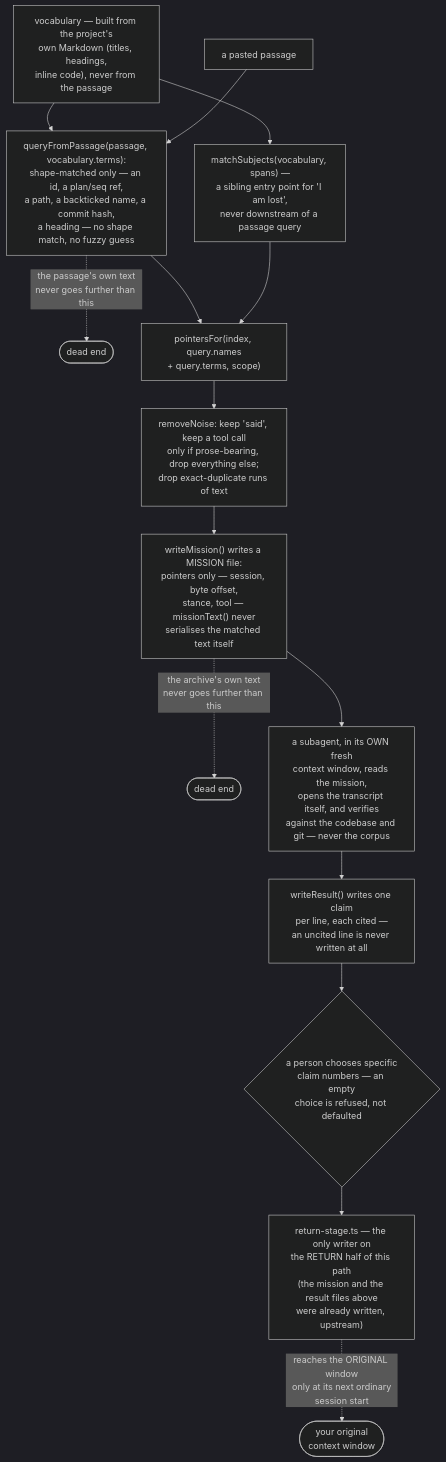
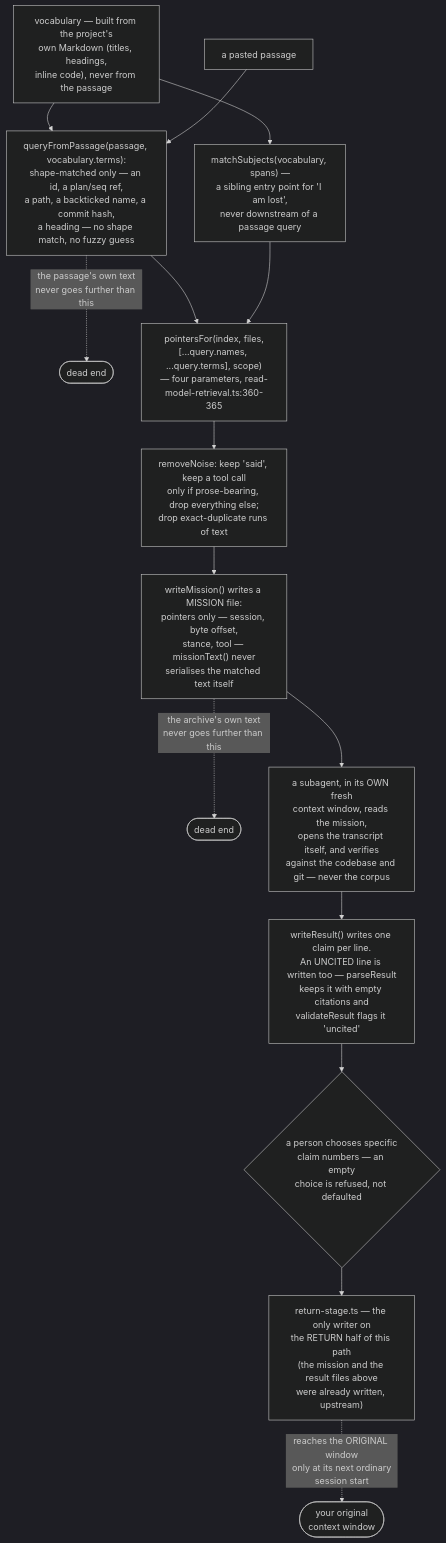
One commit to Dudi-Bar-On/my-context changed the diagram in docs/capabilities/06-retrieval.md. Above: the diagram before and after it, drawn with Mermaid (dark theme). The commit also changed other lines of this file and 35 other files, not shown here.

````diff
--- a/docs/capabilities/06-retrieval.md
+++ b/docs/capabilities/06-retrieval.md
@@ -39,18 +39,18 @@
 ```mermaid
 flowchart TB
   VOC["vocabulary — built from the project's<br/>own Markdown (titles, headings,<br/>inline code), never from the passage"] --> Q
   VOC --> MS
   PASS["a pasted passage"] --> Q["queryFromPassage(passage, vocabulary.terms):<br/>shape-matched only — an id, a plan/seq ref,<br/>a path, a backticked name, a commit hash,<br/>a heading — no shape match, no fuzzy guess"]
   Q -.->|"the passage's own text<br/>never goes further than this"| X1(["dead end"])
   MS["matchSubjects(vocabulary, spans) —<br/>a sibling entry point for 'I am lost',<br/>never downstream of a passage query"]
-  Q --> PF["pointersFor(index, query.names<br/>+ query.terms, scope)"]
+  Q --> PF["pointersFor(index, files,<br/>[...query.names, ...query.terms], scope)<br/>— four parameters, read-model-retrieval.ts:360-365"]
   MS --> PF
   PF --> NOISE["removeNoise: keep 'said', keep a tool call<br/>only if prose-bearing, drop everything else;<br/>drop exact-duplicate runs of text"]
   NOISE --> MISSION["writeMission() writes a MISSION file:<br/>pointers only — session, byte offset,<br/>stance, tool — missionText() never<br/>serialises the matched text itself"]
   MISSION -.->|"the archive's own text<br/>never goes further than this"| X2(["dead end"])
   MISSION --> SUB["a subagent, in its OWN fresh<br/>context window, reads the mission,<br/>opens the transcript itself, and verifies<br/>against the codebase and git — never the corpus"]
-  SUB --> RESULT["writeResult() writes one claim<br/>per line, each cited —<br/>an uncited line is never written at all"]
+  SUB --> RESULT["writeResult() writes one claim per line.<br/>An UNCITED line is written too — parseResult<br/>keeps it with empty citations and<br/>validateResult flags it 'uncited'"]
   RESULT --> PERSON{"a person chooses specific<br/>claim numbers — an empty<br/>choice is refused, not defaulted"}
   PERSON --> STAGE["return-stage.ts — the only writer on<br/>the RETURN half of this path<br/>(the mission and the result files above<br/>were already written, upstream)"]
   STAGE -.->|"reaches the ORIGINAL window<br/>only at its next ordinary<br/>session start"| ORIG(["your original<br/>context window"])
 ```
````
